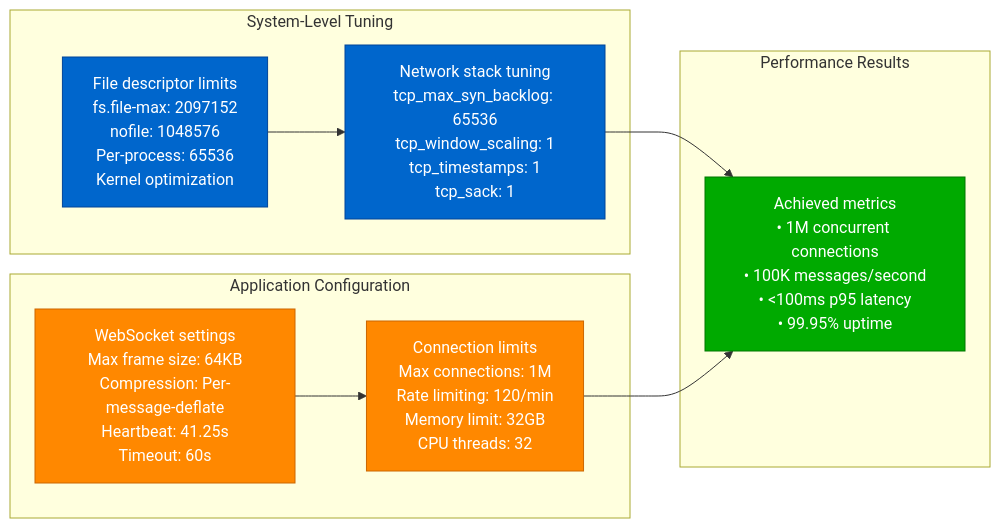
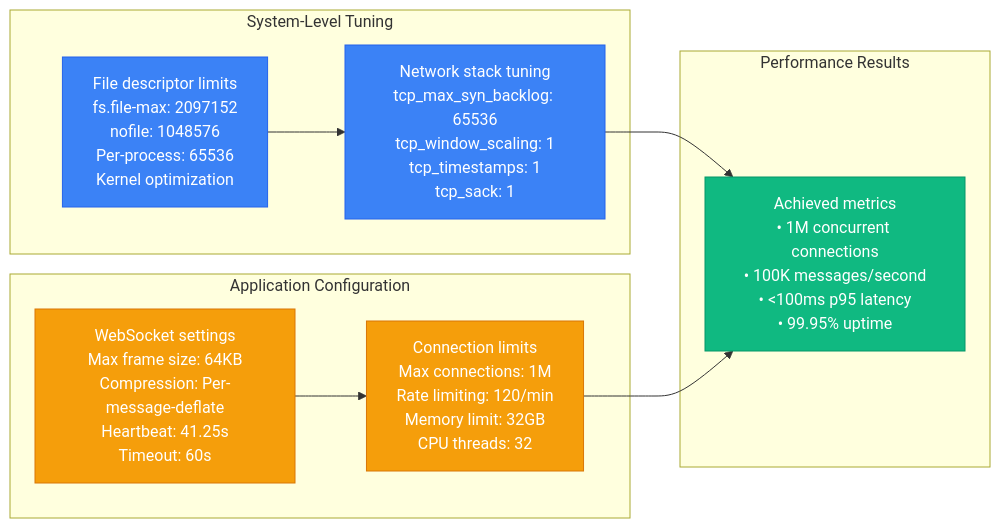
One commit to deepaucksharma/DS changed the tenth of 11 diagrams in site/docs/performance/websocket-performance-profile.md. Above: the diagram before and after it, drawn with Mermaid. The commit also changed other lines of this file and 303 other files, not shown here.

````diff
--- a/site/docs/performance/websocket-performance-profile.md
+++ b/site/docs/performance/websocket-performance-profile.md
@@ -390,33 +390,33 @@
 ```mermaid
 graph LR
     subgraph "System-Level Tuning"
         SYS1[File descriptor limits<br/>fs.file-max: 2097152<br/>nofile: 1048576<br/>Per-process: 65536<br/>Kernel optimization]
 
         SYS2[Network stack tuning<br/>tcp_max_syn_backlog: 65536<br/>tcp_window_scaling: 1<br/>tcp_timestamps: 1<br/>tcp_sack: 1]
 
         SYS1 --> SYS2
     end
 
     subgraph "Application Configuration"
         APP1[WebSocket settings<br/>Max frame size: 64KB<br/>Compression: Per-message-deflate<br/>Heartbeat: 41.25s<br/>Timeout: 60s]
 
         APP2[Connection limits<br/>Max connections: 1M<br/>Rate limiting: 120/min<br/>Memory limit: 32GB<br/>CPU threads: 32]
 
         APP1 --> APP2
     end
 
     subgraph "Performance Results"
         RESULTS1[Achieved metrics<br/>• 1M concurrent connections<br/>• 100K messages/second<br/>• <100ms p95 latency<br/>• 99.95% uptime]
     end
 
     SYS2 --> RESULTS1
     APP2 --> RESULTS1
 
-    classDef sysStyle fill:#0066CC,stroke:#004499,color:#fff
-    classDef appStyle fill:#FF8800,stroke:#CC6600,color:#fff
-    classDef resultStyle fill:#00AA00,stroke:#007700,color:#fff
+    classDef sysStyle fill:#3B82F6,stroke:#2563EB,color:#fff
+    classDef appStyle fill:#F59E0B,stroke:#D97706,color:#fff
+    classDef resultStyle fill:#10B981,stroke:#059669,color:#fff
 
     class SYS1,SYS2 sysStyle
     class APP1,APP2 appStyle
     class RESULTS1 resultStyle
 ```
````
